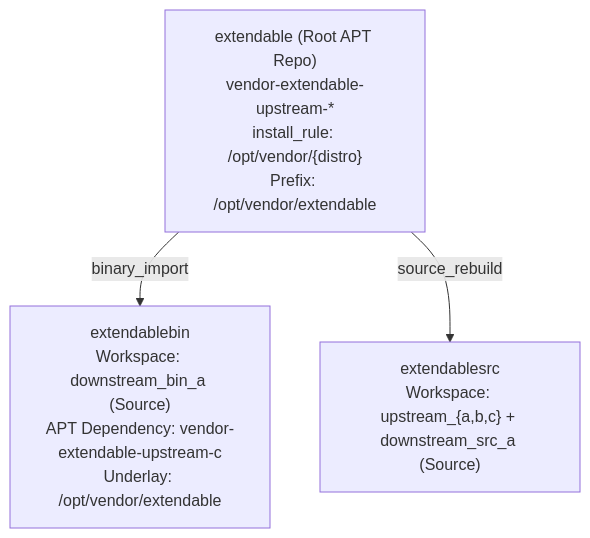
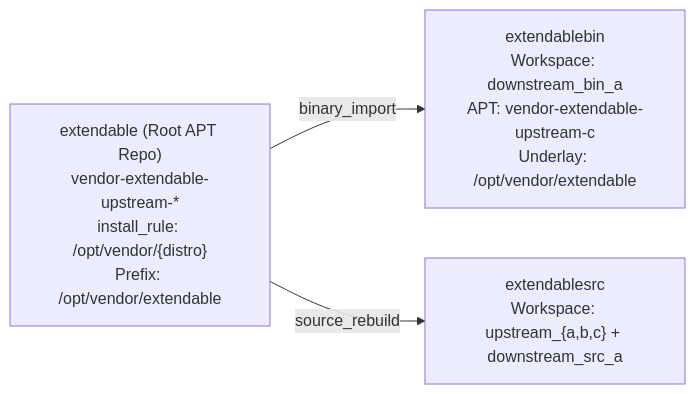
Before and after one commit to KmoM88/rep159-testing: the third of 6 diagrams in TOPOLOGICAL_TESTING_EVIDENCE_GIST.md, drawn with Mermaid. The commit also changed other lines of this file and 22 other files, not shown here.

Commit message:
Consolidate table/diagram docs, adopt jrivero commits, update Stage 1-3 testfarm evidence, and sanitize local endpoints

````diff
--- a/TOPOLOGICAL_TESTING_EVIDENCE_GIST.md
+++ b/TOPOLOGICAL_TESTING_EVIDENCE_GIST.md
@@ -124,5 +117,5 @@
 ```mermaid
-graph TD
-    E1["extendable (Root APT Repo)<br/>vendor-extendable-upstream-*<br/>install_rule: /opt/vendor/{distro}<br/>Prefix: /opt/vendor/extendable"] -->|binary_import| EB1["extendablebin<br/>Workspace: downstream_bin_a (Source)<br/>APT Dependency: vendor-extendable-upstream-c<br/>Underlay: /opt/vendor/extendable"]
-    E1 -->|source_rebuild| ES1["extendablesrc<br/>Workspace: upstream_{a,b,c} + downstream_src_a (Source)"]
+graph LR
+    E1["extendable (Root APT Repo)<br/>vendor-extendable-upstream-*<br/>install_rule: /opt/vendor/{distro}<br/>Prefix: /opt/vendor/extendable"] -->|binary_import| EB1["extendablebin<br/>Workspace: downstream_bin_a<br/>APT: vendor-extendable-upstream-c<br/>Underlay: /opt/vendor/extendable"]
+    E1 -->|source_rebuild| ES1["extendablesrc<br/>Workspace: upstream_{a,b,c} + downstream_src_a"]
 ```
````
